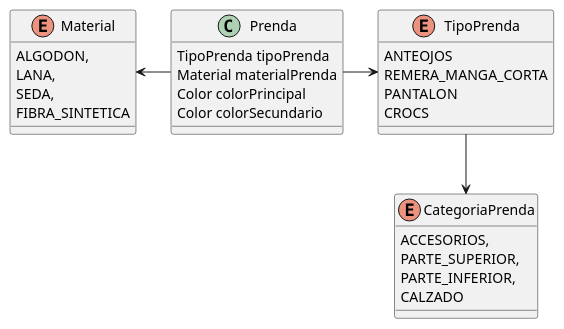
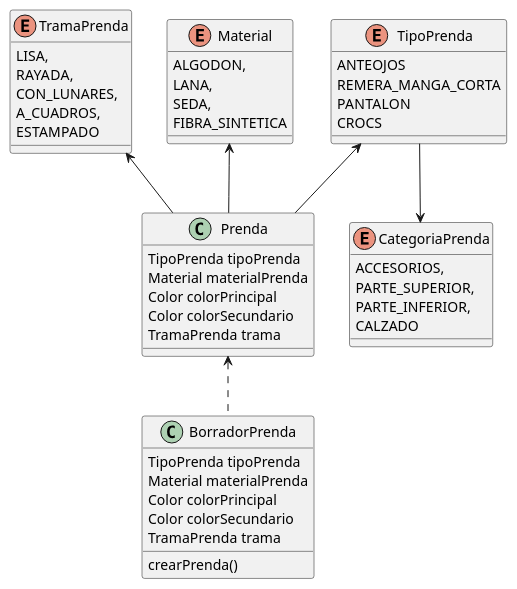
The diagram in DiagramaDeClases/diagrama.puml (LucasBarr99/QMP), drawn with PlantUML before and after one commit. The commit also changed 2 other files, not shown here.

```diff
--- a/DiagramaDeClases/diagrama.puml
+++ b/DiagramaDeClases/diagrama.puml
@@ -1,37 +1,58 @@
 @startuml
 
 enum CategoriaPrenda{
 	ACCESORIOS,
     PARTE_SUPERIOR,
     PARTE_INFERIOR,
     CALZADO
 }
 
 enum Material{
 	ALGODON,
     LANA,
     SEDA,
     FIBRA_SINTETICA
 }
 
 enum TipoPrenda{
     ANTEOJOS
     REMERA_MANGA_CORTA
     PANTALON
     CROCS
 
 }
 
+enum TramaPrenda{
+    LISA,
+    RAYADA,
+    CON_LUNARES,
+    A_CUADROS,
+    ESTAMPADO
+}
+
 class Prenda{
 	TipoPrenda tipoPrenda
     Material materialPrenda
     Color colorPrincipal
     Color colorSecundario
+    TramaPrenda trama
+}
+
+class BorradorPrenda{
+    TipoPrenda tipoPrenda
+    Material materialPrenda
+    Color colorPrincipal
+    Color colorSecundario
+    TramaPrenda trama
+
+    crearPrenda()
 }
 
 
 
-Prenda -> TipoPrenda
-Material <- Prenda
+Prenda -up-> TipoPrenda
+Prenda -up-> Material
+Prenda -up-> TramaPrenda
 TipoPrenda --> CategoriaPrenda
+BorradorPrenda .up.> Prenda
 @enduml
```
